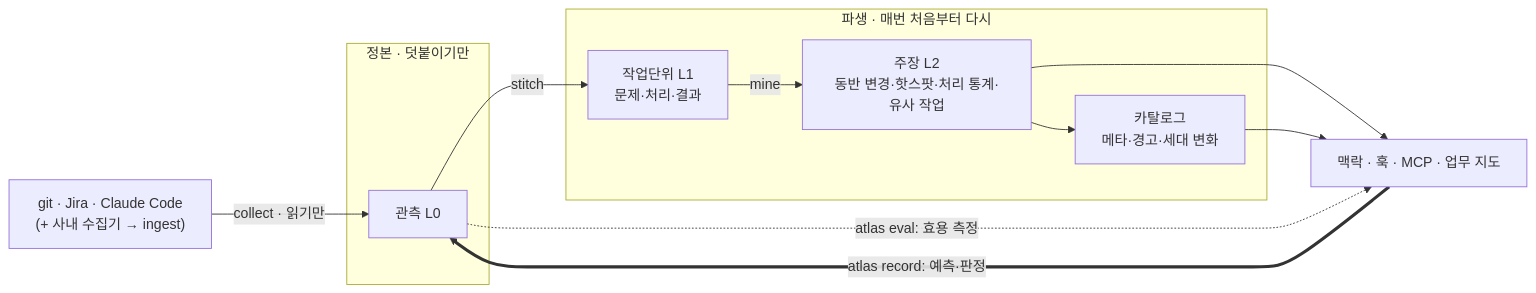
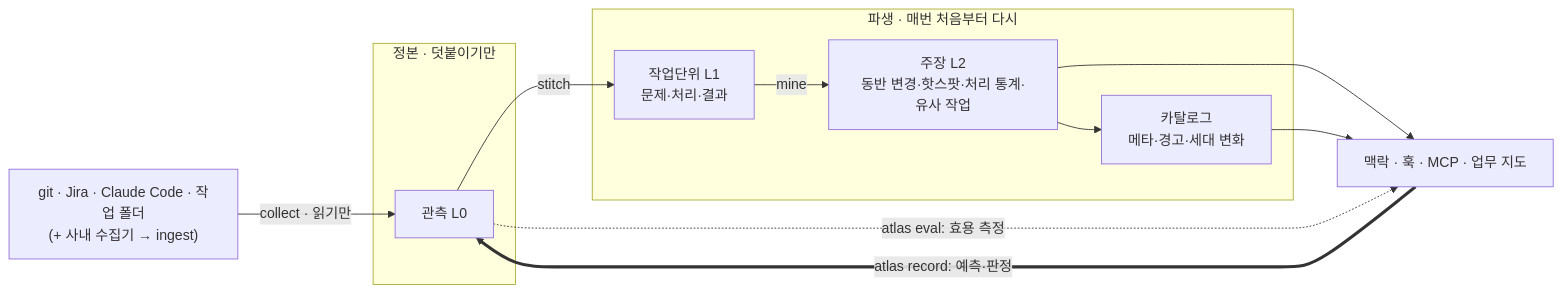
Before and after one commit to d-j-lee/work-atlas: the diagram in README.md, drawn with Mermaid. The commit also changed other lines of this file and 30 other files, not shown here.

````diff
--- a/README.md
+++ b/README.md
@@ -86,15 +88,15 @@
 ```mermaid
 flowchart LR
-  S["git · Jira · Claude Code<br/>(+ 사내 수집기 → ingest)"] -->|"collect · 읽기만"| L0
+  S["git · Jira · Claude Code · 작업 폴더<br/>(+ 사내 수집기 → ingest)"] -->|"collect · 읽기만"| L0
   subgraph CANON["정본 · 덧붙이기만"]
     L0["관측 L0"]
   end
   subgraph DER["파생 · 매번 처음부터 다시"]
     L1["작업단위 L1<br/>문제·처리·결과"] -->|mine| L2["주장 L2<br/>동반 변경·핫스팟·처리 통계·유사 작업"]
     L2 --> M["카탈로그<br/>메타·경고·세대 변화"]
   end
   L0 -->|stitch| L1
   L2 & M --> C["맥락 · 훅 · MCP · 업무 지도"]
   C ==>|"atlas record: 예측·판정"| L0
   L0 -.->|"atlas eval: 효용 측정"| C
 ```
````
